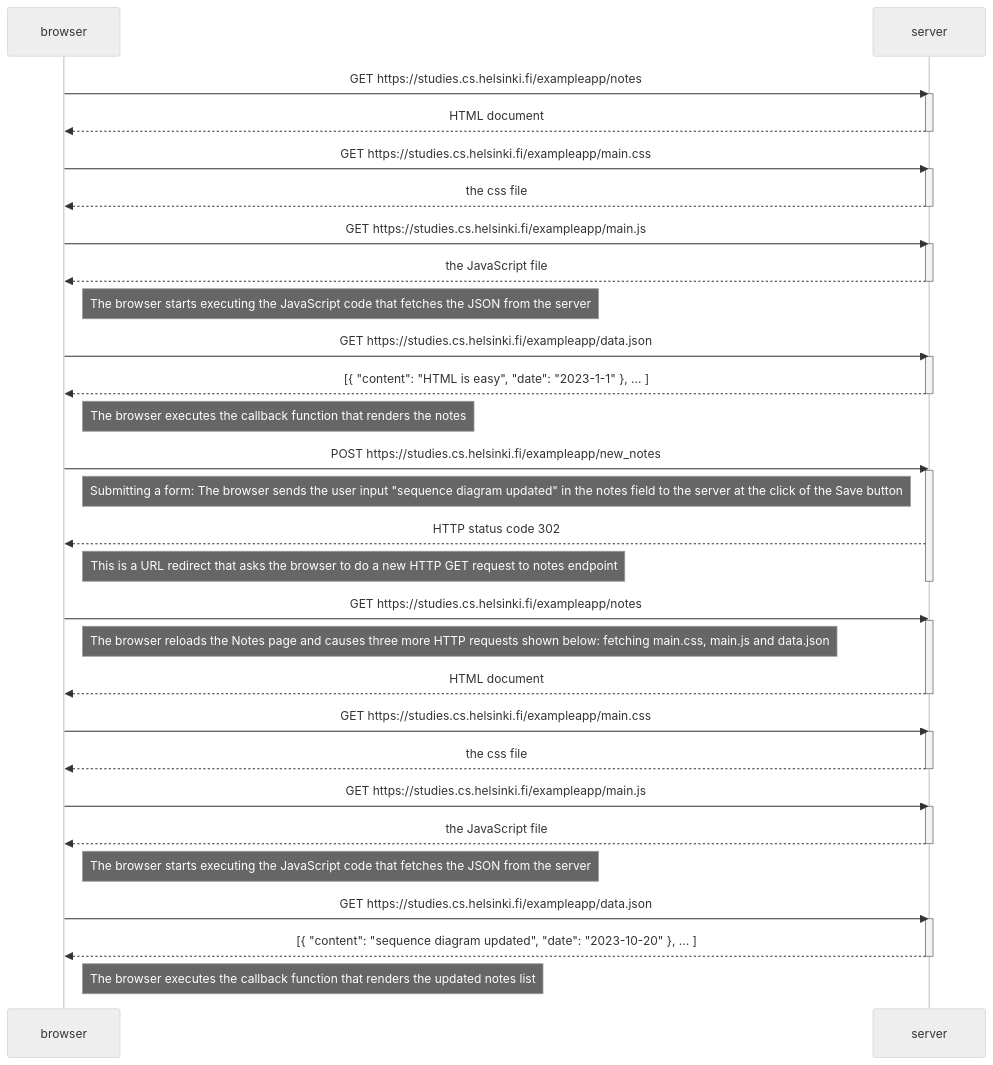
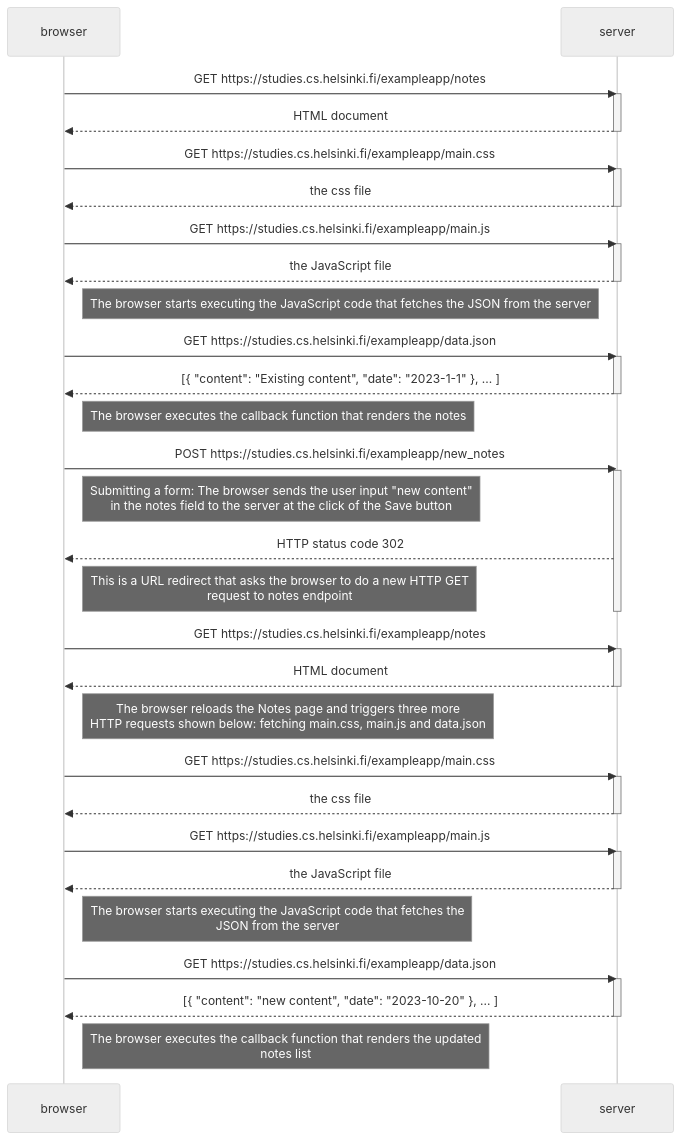
One commit to CeeJayyy007/fullstackopen changed the diagram in part0/newnotediagram.md. Above: the diagram before and after it, drawn with Mermaid (neutral theme). The commit also changed other lines of this file and 3 other files, not shown here.

````diff
--- a/part0/newnotediagram.md
+++ b/part0/newnotediagram.md
@@ -1,64 +3,63 @@
 ```mermaid
 sequenceDiagram
     participant browser
     participant server
     
     browser->>server: GET https://studies.cs.helsinki.fi/exampleapp/notes
     activate server
     server-->>browser: HTML document
     deactivate server
 
     browser->>server: GET https://studies.cs.helsinki.fi/exampleapp/main.css
     activate server
     server-->>browser: the css file
     deactivate server
 
     browser->>server: GET https://studies.cs.helsinki.fi/exampleapp/main.js
     activate server
     server-->>browser: the JavaScript file
     deactivate server
 
     Note right of browser: The browser starts executing the JavaScript code that fetches the JSON from the server
 
     browser->>server: GET https://studies.cs.helsinki.fi/exampleapp/data.json
     activate server
-    server-->>browser: [{ "content": "HTML is easy", "date": "2023-1-1" }, ... ]
+    server-->>browser: [{ "content": "Existing content", "date": "2023-1-1" }, ... ]
     deactivate server
 
     Note right of browser: The browser executes the callback function that renders the notes
 
     browser->>server: POST https://studies.cs.helsinki.fi/exampleapp/new_notes 
     activate server
     
-    Note right of browser: Submitting a form: The browser sends the user input "sequence diagram updated" in the notes field to the server at the click of the Save button
+    Note right of browser: Submitting a form: The browser sends the user input "new content" <br/>in the notes field to the server at the click of the Save button
 
     server-->>browser: HTTP status code 302
-    Note right of browser: This is a URL redirect that asks the browser to do a new HTTP GET request to notes endpoint
+    Note right of browser: This is a URL redirect that asks the browser to do a new HTTP GET <br/>request to notes endpoint
     deactivate server
 
     browser->>server: GET https://studies.cs.helsinki.fi/exampleapp/notes
     activate server
-    
-    Note right of browser: The browser reloads the Notes page and causes three more HTTP requests shown below: fetching main.css, main.js and data.json
+    server-->>browser: HTML document
+    deactivate server 
 
-    server-->>browser: HTML document
-    deactivate server
+    Note right of browser: The browser reloads the Notes page and triggers three more <br/>HTTP requests shown below: fetching main.css, main.js and data.json
 
     browser->>server: GET https://studies.cs.helsinki.fi/exampleapp/main.css
     activate server
     server-->>browser: the css file
     deactivate server
 
     browser->>server: GET https://studies.cs.helsinki.fi/exampleapp/main.js
     activate server
     server-->>browser: the JavaScript file
     deactivate server
 
-    Note right of browser: The browser starts executing the JavaScript code that fetches the JSON from the server
+    Note right of browser: The browser starts executing the JavaScript code that fetches the <br/>JSON from the server
 
     browser->>server: GET https://studies.cs.helsinki.fi/exampleapp/data.json
     activate server
-    server-->>browser: [{ "content": "sequence diagram updated", "date": "2023-10-20" }, ... ]
+    server-->>browser: [{ "content": "new content", "date": "2023-10-20" }, ... ]
     deactivate server
-    Note right of browser: The browser executes the callback function that renders the updated notes list
+    Note right of browser: The browser executes the callback function that renders the updated <br/>notes list
 ```
````
